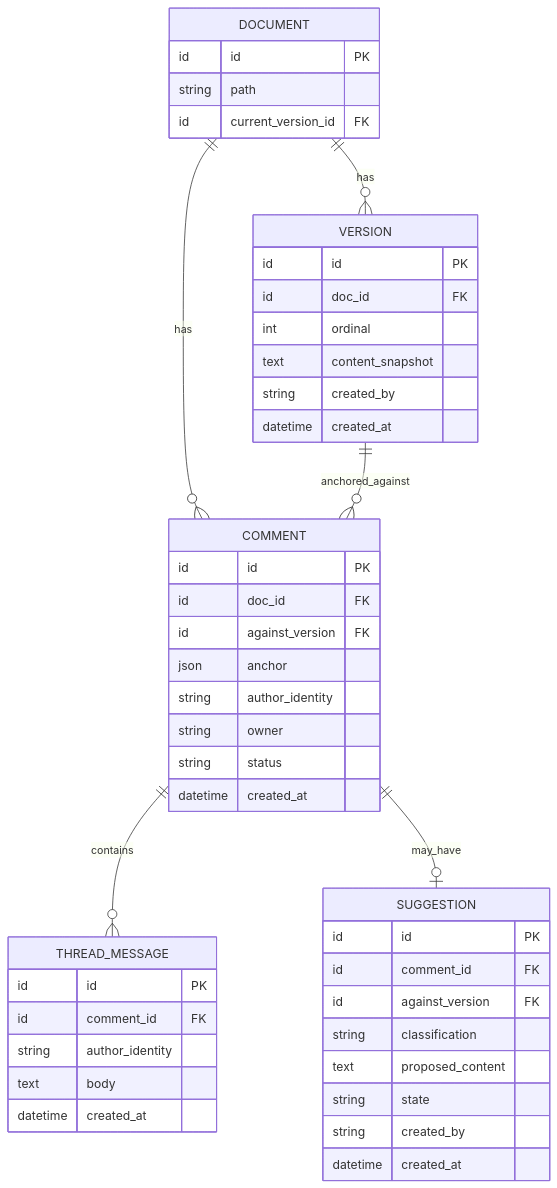
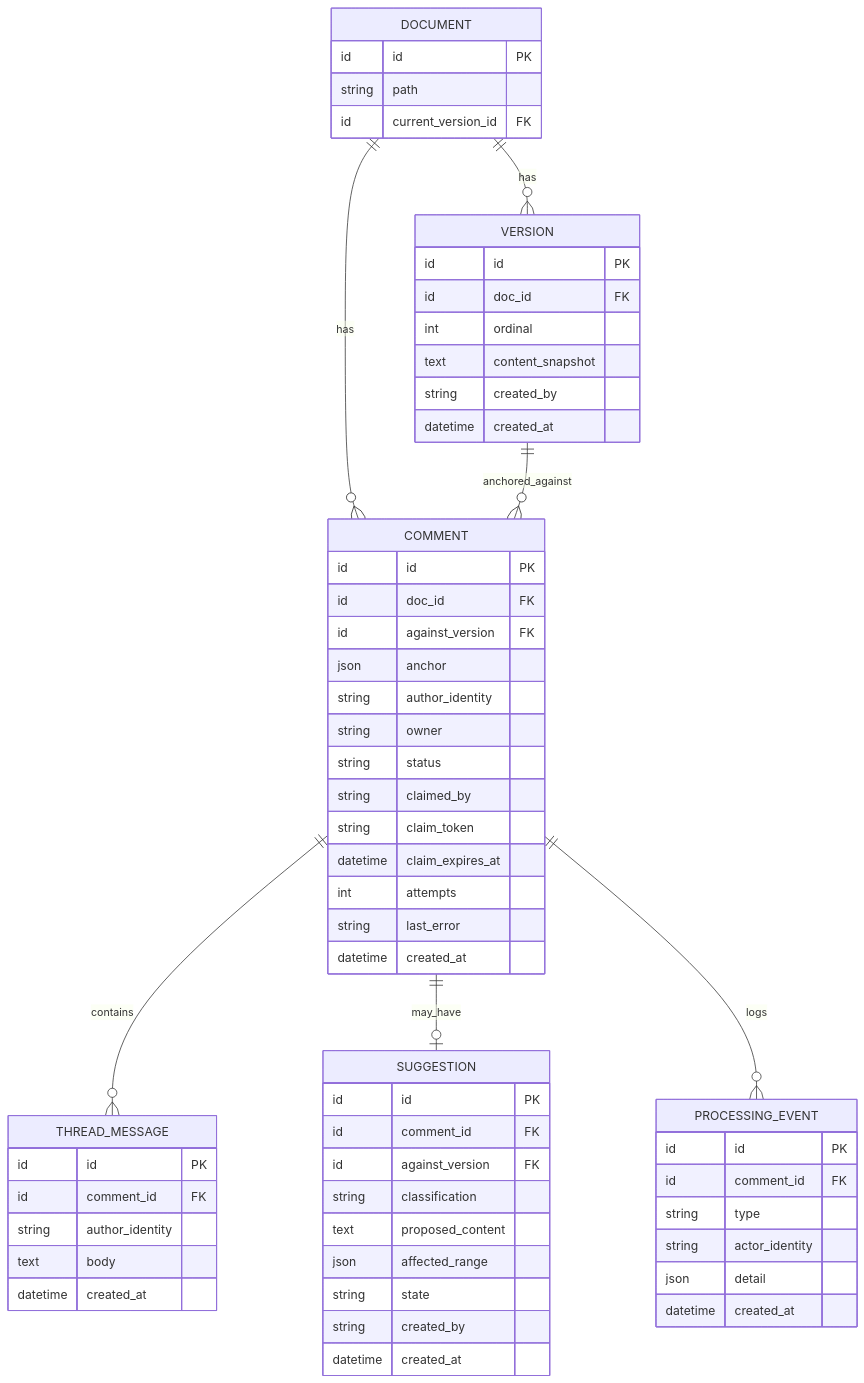
Before and after one commit to rajanrx/outbox-md: the fourth of 4 diagrams in docs/specs/2026-06-27-outbox-md-design.md, drawn with Mermaid. The commit also changed other lines of this file, not shown here.

````diff
--- a/docs/specs/2026-06-27-outbox-md-design.md
+++ b/docs/specs/2026-06-27-outbox-md-design.md
@@ -190,49 +272,64 @@
 ```mermaid
 erDiagram
     DOCUMENT ||--o{ VERSION : has
     DOCUMENT ||--o{ COMMENT : has
     COMMENT  ||--o{ THREAD_MESSAGE : contains
     COMMENT  ||--o| SUGGESTION : may_have
+    COMMENT  ||--o{ PROCESSING_EVENT : logs
     VERSION  ||--o{ COMMENT : anchored_against
 
     DOCUMENT {
         id id PK
         string path
         id current_version_id FK
     }
     VERSION {
         id id PK
         id doc_id FK
         int ordinal
         text content_snapshot
         string created_by
         datetime created_at
     }
     COMMENT {
         id id PK
         id doc_id FK
         id against_version FK
         json anchor
         string author_identity
         string owner
         string status
+        string claimed_by
+        string claim_token
+        datetime claim_expires_at
+        int attempts
+        string last_error
         datetime created_at
     }
     THREAD_MESSAGE {
         id id PK
         id comment_id FK
         string author_identity
         text body
         datetime created_at
     }
     SUGGESTION {
         id id PK
         id comment_id FK
         id against_version FK
         string classification
         text proposed_content
+        json affected_range
         string state
         string created_by
         datetime created_at
     }
+    PROCESSING_EVENT {
+        id id PK
+        id comment_id FK
+        string type
+        string actor_identity
+        json detail
+        datetime created_at
+    }
 ```
````
